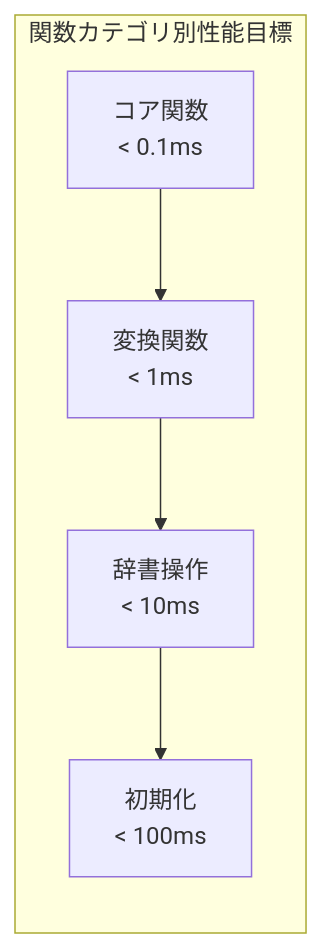
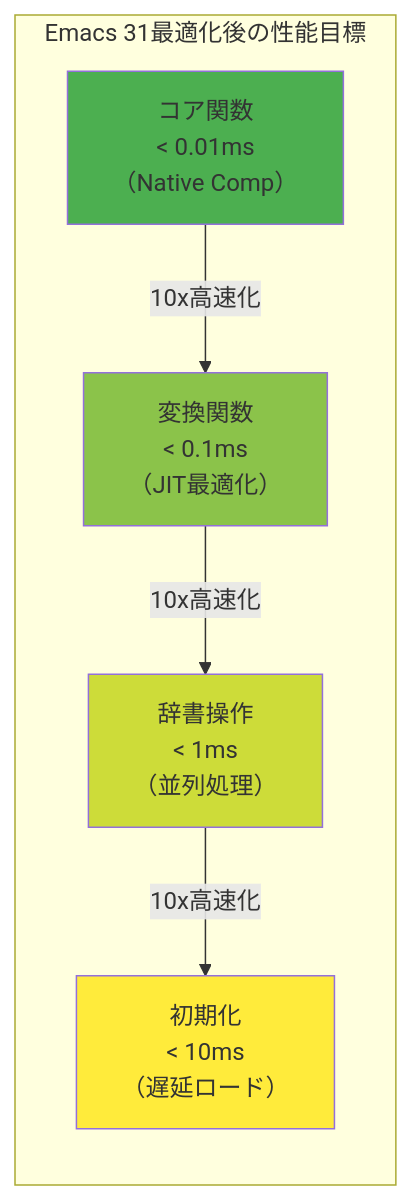
Before and after one commit to takeokunn/nskk.el: the diagram in docs/reference/api-reference.md, drawn with Mermaid. The commit also changed other lines of this file and 310 other files, not shown here.

````diff
--- a/docs/reference/api-reference.md
+++ b/docs/reference/api-reference.md
@@ -16,13 +18,18 @@
 ```mermaid
 graph LR
-    subgraph "関数カテゴリ別性能目標"
-        A[コア関数<br/>< 0.1ms]
-        B[変換関数<br/>< 1ms]
-        C[辞書操作<br/>< 10ms]
-        D[初期化<br/>< 100ms]
+    subgraph "Emacs 31最適化後の性能目標"
+        A[コア関数<br/>< 0.01ms<br/>（Native Comp）]
+        B[変換関数<br/>< 0.1ms<br/>（JIT最適化）]
+        C[辞書操作<br/>< 1ms<br/>（並列処理）]
+        D[初期化<br/>< 10ms<br/>（遅延ロード）]
     end
 
-    A --> B
-    B --> C
-    C --> D
+    A -->|10x高速化| B
+    B -->|10x高速化| C
+    C -->|10x高速化| D
+
+    style A fill:#4CAF50
+    style B fill:#8BC34A
+    style C fill:#CDDC39
+    style D fill:#FFEB3B
 ```
````
